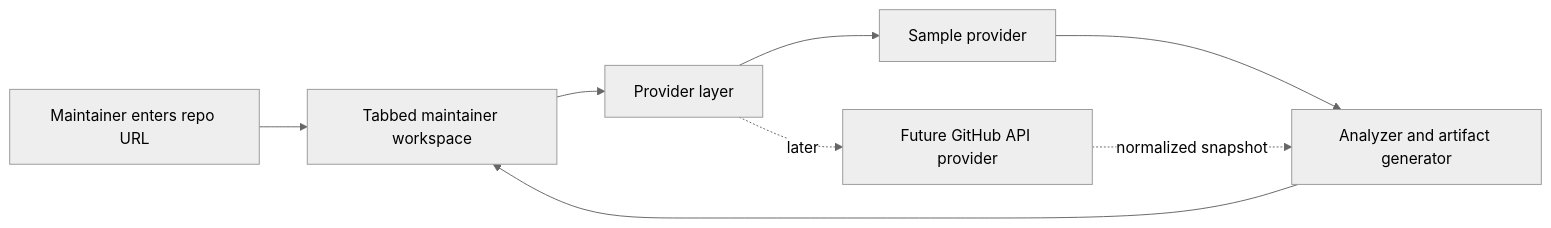
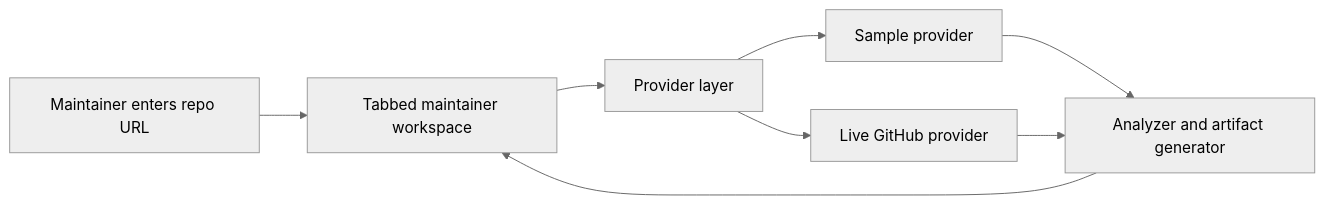
One commit to songharam/open-maintainer changed the diagram in docs/architecture.md. Above: the diagram before and after it, drawn with Mermaid (neutral theme). The commit also changed other lines of this file and 11 other files, not shown here.

````diff
--- a/docs/architecture.md
+++ b/docs/architecture.md
@@ -5,17 +5,17 @@
 ```mermaid
 flowchart LR
   User["Maintainer enters repo URL"]
   Provider["Provider layer"]
   Sample["Sample provider"]
-  GitHub["Future GitHub API provider"]
+  GitHub["Live GitHub provider"]
   Analyzer["Analyzer and artifact generator"]
   UI["Tabbed maintainer workspace"]
 
   User --> UI
   UI --> Provider
   Provider --> Sample
-  Provider -. later .-> GitHub
+  Provider --> GitHub
   Sample --> Analyzer
-  GitHub -. normalized snapshot .-> Analyzer
+  GitHub --> Analyzer
   Analyzer --> UI
 ```
````
